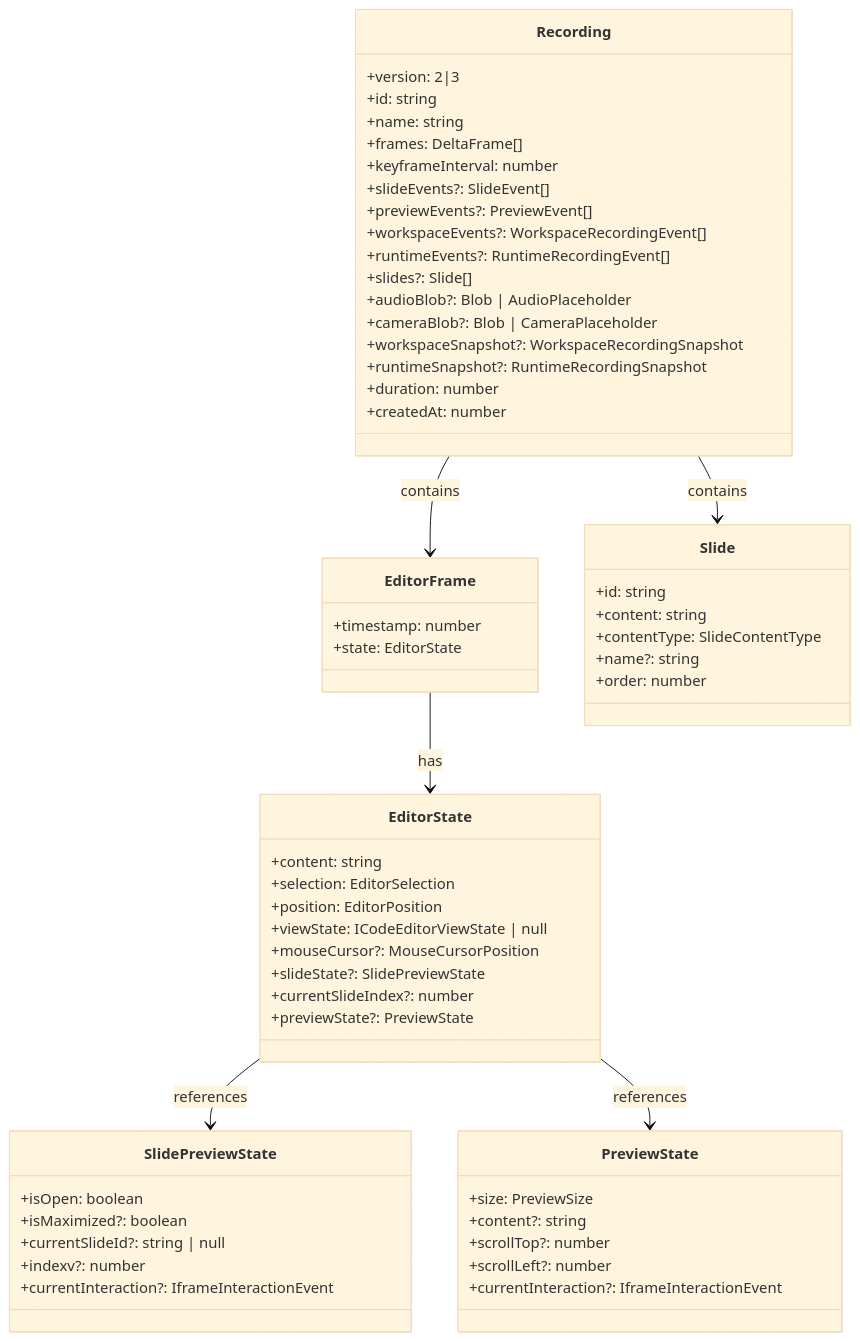
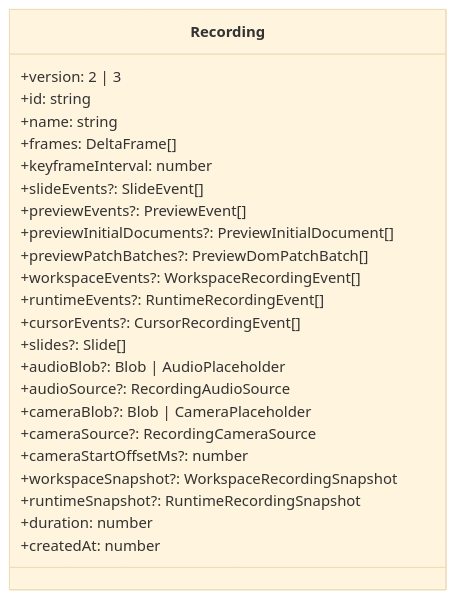
Before and after one commit to channyeintun/next-editor: the first of 2 diagrams in docs/data-structures.md, drawn with Mermaid (base theme). The commit also changed other lines of this file and 4 other files, not shown here.

````diff
--- a/docs/data-structures.md
+++ b/docs/data-structures.md
@@ -9,67 +7,27 @@
 ```mermaid
 classDiagram
     class Recording {
-        +version: 2|3
+        +version: 2 | 3
         +id: string
         +name: string
         +frames: DeltaFrame[]
         +keyframeInterval: number
         +slideEvents?: SlideEvent[]
         +previewEvents?: PreviewEvent[]
+        +previewInitialDocuments?: PreviewInitialDocument[]
+        +previewPatchBatches?: PreviewDomPatchBatch[]
         +workspaceEvents?: WorkspaceRecordingEvent[]
         +runtimeEvents?: RuntimeRecordingEvent[]
+        +cursorEvents?: CursorRecordingEvent[]
         +slides?: Slide[]
         +audioBlob?: Blob | AudioPlaceholder
+        +audioSource?: RecordingAudioSource
         +cameraBlob?: Blob | CameraPlaceholder
+        +cameraSource?: RecordingCameraSource
+        +cameraStartOffsetMs?: number
         +workspaceSnapshot?: WorkspaceRecordingSnapshot
         +runtimeSnapshot?: RuntimeRecordingSnapshot
         +duration: number
         +createdAt: number
     }
-
-    class EditorFrame {
-        +timestamp: number
-        +state: EditorState
-    }
-
-    class EditorState {
-        +content: string
-        +selection: EditorSelection
-        +position: EditorPosition
-        +viewState: ICodeEditorViewState | null
-        +mouseCursor?: MouseCursorPosition
-        +slideState?: SlidePreviewState
-        +currentSlideIndex?: number
-        +previewState?: PreviewState
-    }
-
-    class Slide {
-        +id: string
-        +content: string
-        +contentType: SlideContentType
-        +name?: string
-        +order: number
-    }
-
-    class SlidePreviewState {
-        +isOpen: boolean
-        +isMaximized?: boolean
-        +currentSlideId?: string | null
-        +indexv?: number
-        +currentInteraction?: IframeInteractionEvent
-    }
-
-    class PreviewState {
-        +size: PreviewSize
-        +content?: string
-        +scrollTop?: number
-        +scrollLeft?: number
-        +currentInteraction?: IframeInteractionEvent
-    }
-
-    Recording --> EditorFrame : contains
-    EditorFrame --> EditorState : has
-    Recording --> Slide : contains
-    EditorState --> SlidePreviewState : references
-    EditorState --> PreviewState : references
 ```
````
